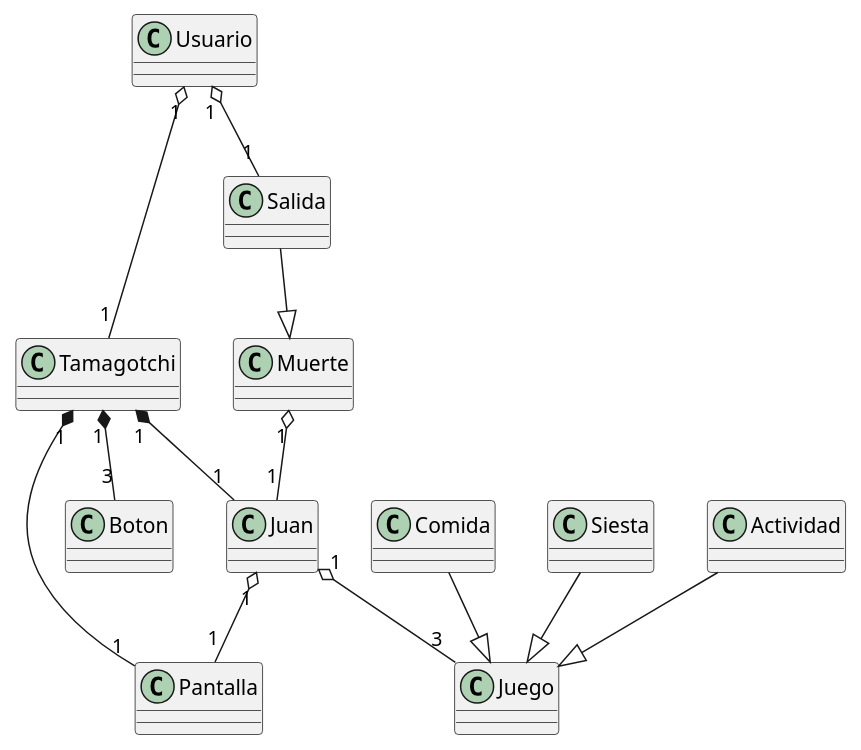
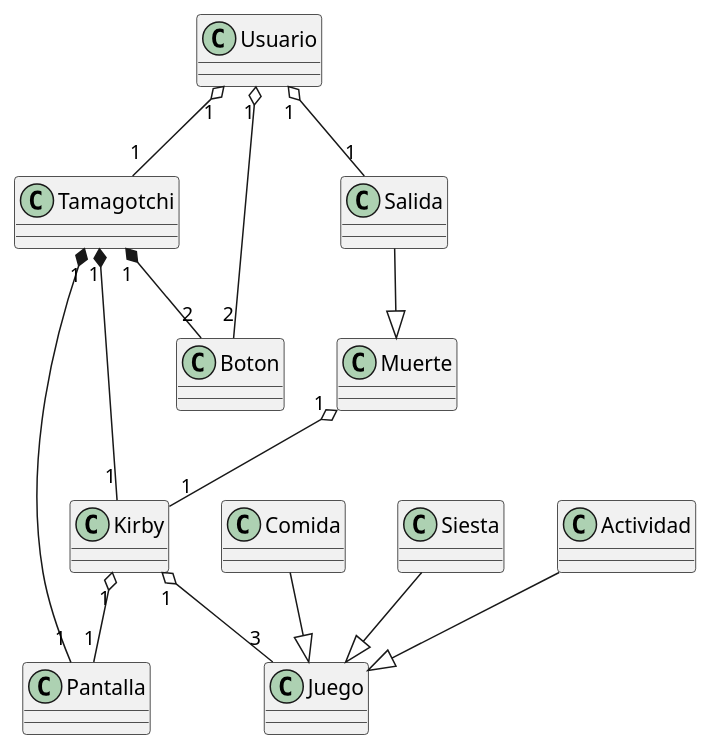
The diagram in Tamagotchi/docs/diagrama.puml (CGZarate2/SOLITAIRE), drawn with PlantUML before and after one commit. The commit also changed 3 other files, not shown here.

```diff
--- a/Tamagotchi/docs/diagrama.puml
+++ b/Tamagotchi/docs/diagrama.puml
@@ -1,30 +1,31 @@
 @startuml Diagrama
 
     Class Usuario
     Class Tamagotchi
     Class Pantalla
     Class Boton
-    Class Juan
+    Class Kirby
     Class Juego
     Class Comida
     Class Siesta
     Class Actividad
     Class Salida
     Class Muerte
     
     Usuario "1" o-- "1" Tamagotchi
     Usuario "1" o-- "1" Salida
     Tamagotchi "1" *-- "1" Pantalla
-    Tamagotchi "1" *-- "3" Boton
-    Tamagotchi "1" *-- "1" Juan
+    Tamagotchi "1" *-- "2" Boton
+    Tamagotchi "1" *-- "1" Kirby
 
-    Juan "1" o-- "1" Pantalla
-    Juan "1" o-- "3" Juego
-    Muerte "1" o-- "1" Juan
+    Kirby "1" o-- "1" Pantalla
+    Kirby "1" o-- "3" Juego
+    Usuario "1" o-- "2" Boton
+    Muerte "1" o-- "1" Kirby
 
     Comida --|> Juego
     Siesta --|> Juego
     Actividad --|> Juego
     Salida --|> Muerte
 
 @enduml
```
